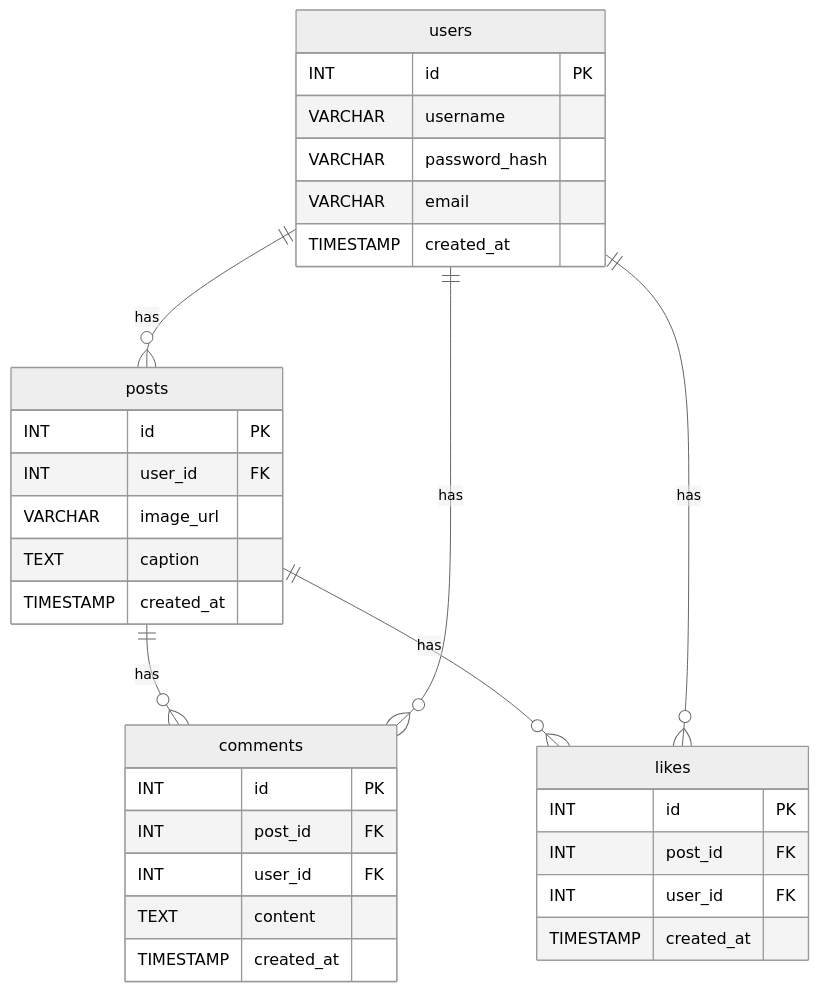
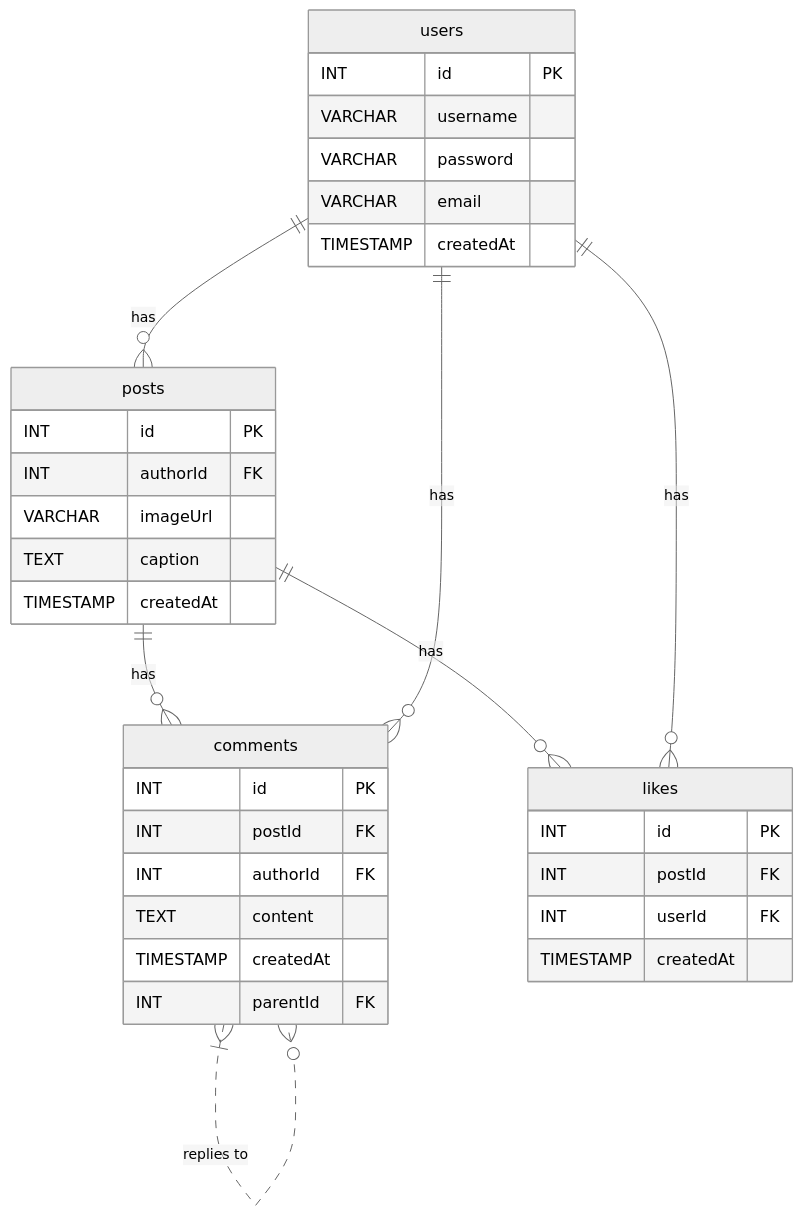
The diagram in docs/er-diagram.md (iinitz/ig-clone), drawn with Mermaid (neutral theme) before and after one commit. The commit also changed 3 other files, not shown here.

Commit message:
update diagram

````diff
--- a/docs/er-diagram.md
+++ b/docs/er-diagram.md
@@ -1,39 +1,41 @@
 ```mermaid
 erDiagram
     users {
         INT id PK
         VARCHAR username
-        VARCHAR password_hash
+        VARCHAR password
         VARCHAR email
-        TIMESTAMP created_at
+        TIMESTAMP createdAt
     }
 
     posts {
         INT id PK
-        INT user_id FK
-        VARCHAR image_url
+        INT authorId FK
+        VARCHAR imageUrl
         TEXT caption
-        TIMESTAMP created_at
+        TIMESTAMP createdAt
     }
 
     comments {
         INT id PK
-        INT post_id FK
-        INT user_id FK
+        INT postId FK
+        INT authorId FK
         TEXT content
-        TIMESTAMP created_at
+        TIMESTAMP createdAt
+        INT parentId FK
     }
 
     likes {
         INT id PK
-        INT post_id FK
-        INT user_id FK
-        TIMESTAMP created_at
+        INT postId FK
+        INT userId FK
+        TIMESTAMP createdAt
     }
 
     users ||--o{ posts : "has"
     posts ||--o{ comments : "has"
     posts ||--o{ likes : "has"
     users ||--o{ comments : "has"
     users ||--o{ likes : "has"
+    comments }|..o{ comments : "replies to"
 ```
````
